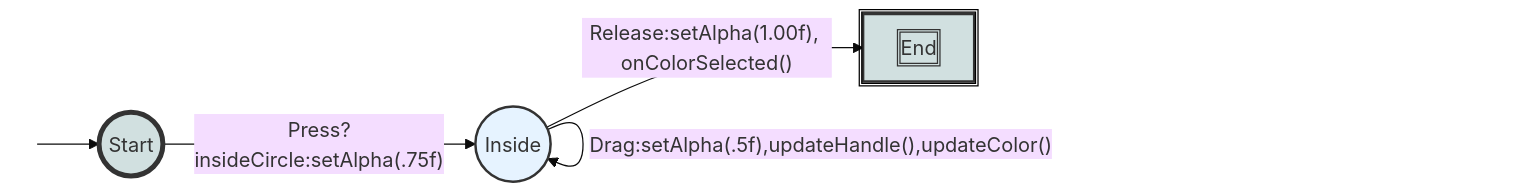
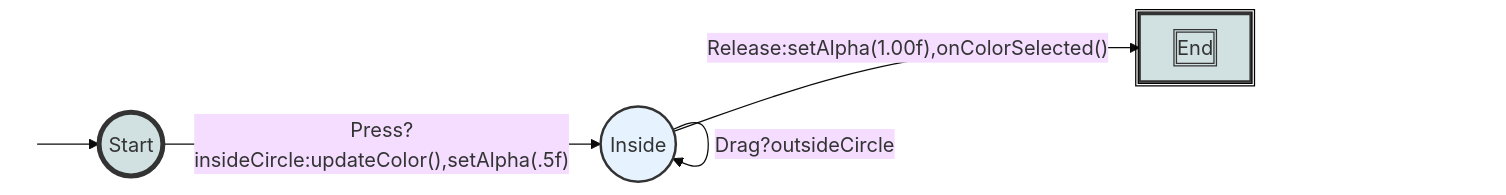
Before and after one commit to jmankoff/interaction: the diagram in assignments/colorpicker.md, drawn with Mermaid (base theme). The commit also changed other lines of this file and 2 other files, not shown here.

```diff
--- a/assignments/colorpicker.md
+++ b/assignments/colorpicker.md
@@ -39,18 +39,19 @@
 <div class="mermaid">
 graph LR
 S((.)) --> A((Start))
-A -- "Press?insideCircle:setAlpha(.75f)" --> I((Inside))
-I -- "Release:setAlpha(1.00f), onColorSelected()" --> E[End]
-I -- "Drag:setAlpha(.5f),updateHandle(),updateColor()" --> I
+A -- "Press?insideCircle:updateColor(),setAlpha(.5f)" --> I((Inside))
+I -- "Release:setAlpha(1.00f),onColorSelected()" --> E[End]
+I -- "Drag?insideCircle:updateColor()" --> I
+I -- "Drag?outsideCircle" --> I
 
 classDef finish outline-style:double,fill:#d1e0e0,stroke:#333,stroke-width:2px;
 classDef normal fill:#e6f3ff,stroke:#333,stroke-width:2px;
 classDef start fill:#d1e0e0,stroke:#333,stroke-width:4px;
 classDef invisible fill:#FFFFFF,stroke:#FFFFFF,color:#FFFFFF
 
 class S invisible
 class A start
 class E finish
 class I normal
 
 </div>
```
